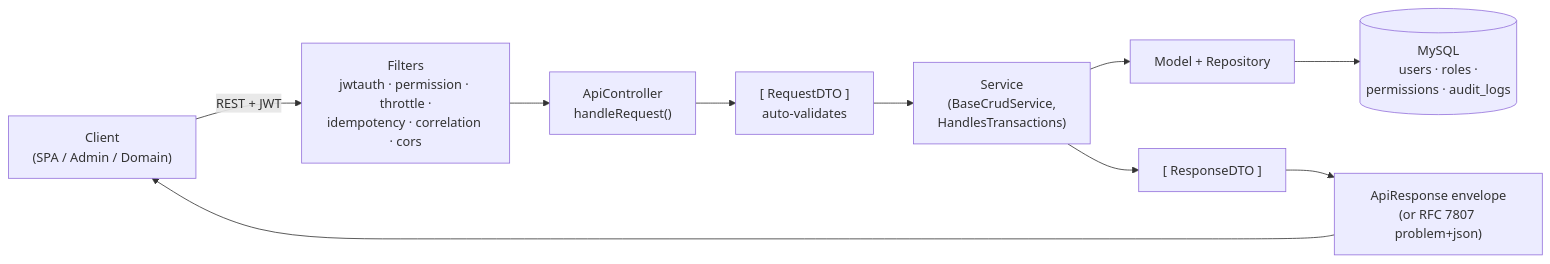
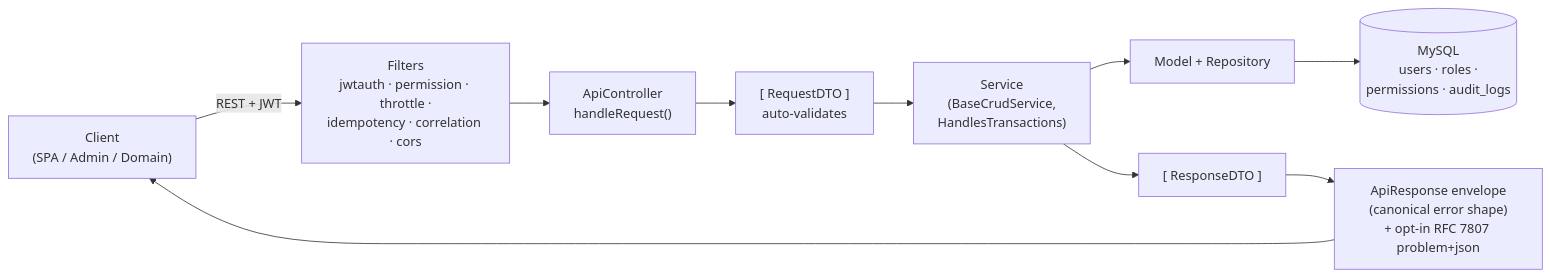
One commit to dcardenasl/ci4-api-starter changed the diagram in README.md. Above: the diagram before and after it, drawn with Mermaid. The commit also changed 1 other file, not shown here.

Commit message:
docs: clarify RFC 7807 problem details as optional content negotiation

````diff
--- a/README.md
+++ b/README.md
@@ -7,15 +7,15 @@
 ```mermaid
 flowchart LR
     Client["Client<br/>(SPA / Admin / Domain)"]
     Filters["Filters<br/>jwtauth · permission · throttle ·<br/>idempotency · correlation · cors"]
     Controller["ApiController<br/>handleRequest()"]
     RequestDTO["[ RequestDTO ]<br/>auto-validates"]
     Service["Service<br/>(BaseCrudService,<br/>HandlesTransactions)"]
     Model["Model + Repository"]
     DB[("MySQL<br/>users · roles ·<br/>permissions · audit_logs")]
     ResponseDTO["[ ResponseDTO ]"]
-    ApiResponse["ApiResponse envelope<br/>(or RFC 7807 problem+json)"]
+    ApiResponse["ApiResponse envelope<br/>(canonical error shape)<br/>+ opt-in RFC 7807 problem+json"]
 
     Client -->|"REST + JWT"| Filters --> Controller --> RequestDTO --> Service --> Model --> DB
     Service --> ResponseDTO --> ApiResponse --> Client
 ```
````
